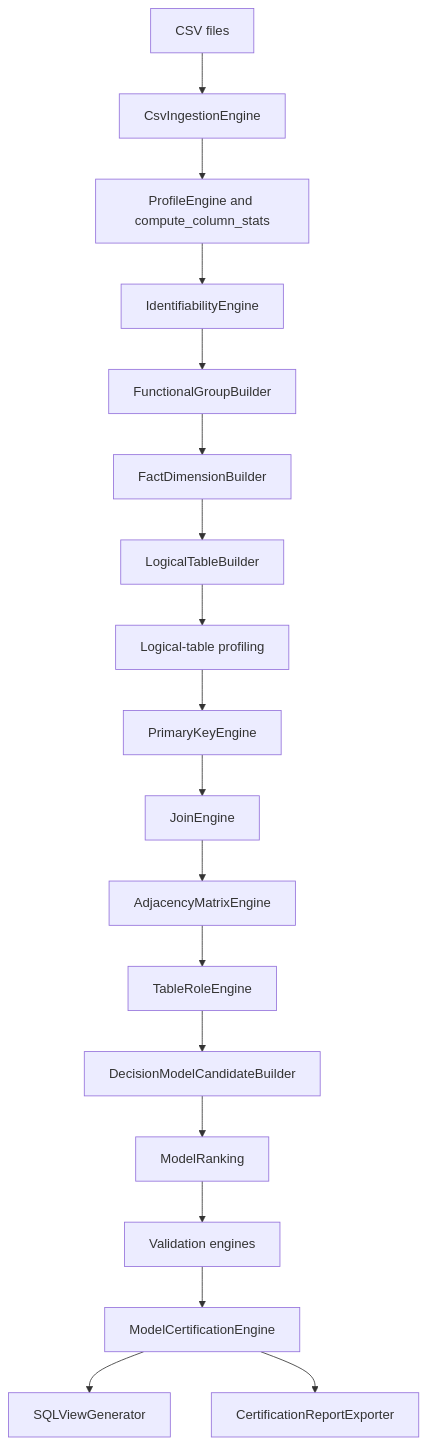
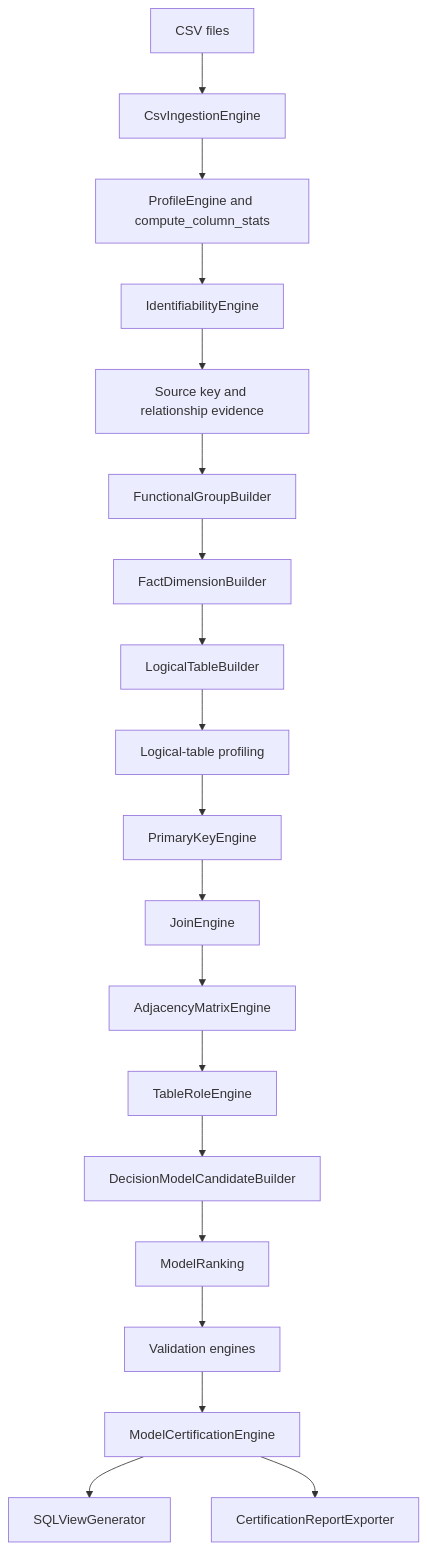
The diagram in docs/architecture.md (houda897/projet-kawakiri), drawn with Mermaid before and after one commit. The commit also changed other lines of this file and 17 other files, not shown here.

Commit message:
feat: Enhance primary key inference and validation logic; add source structure analysis and coverage warnings

````diff
--- a/docs/architecture.md
+++ b/docs/architecture.md
@@ -9,20 +9,21 @@
 ```mermaid
 flowchart TD
     A[CSV files] --> B[CsvIngestionEngine]
     B --> C[ProfileEngine and compute_column_stats]
     C --> D[IdentifiabilityEngine]
-    D --> E[FunctionalGroupBuilder]
+    D --> S[Source key and relationship evidence]
+    S --> E[FunctionalGroupBuilder]
     E --> F[FactDimensionBuilder]
     F --> G[LogicalTableBuilder]
     G --> H[Logical-table profiling]
     H --> I[PrimaryKeyEngine]
     I --> J[JoinEngine]
     J --> K[AdjacencyMatrixEngine]
     K --> L[TableRoleEngine]
     L --> M[DecisionModelCandidateBuilder]
     M --> N[ModelRanking]
     N --> O[Validation engines]
     O --> P[ModelCertificationEngine]
     P --> Q[SQLViewGenerator]
     P --> R[CertificationReportExporter]
 ```
````
